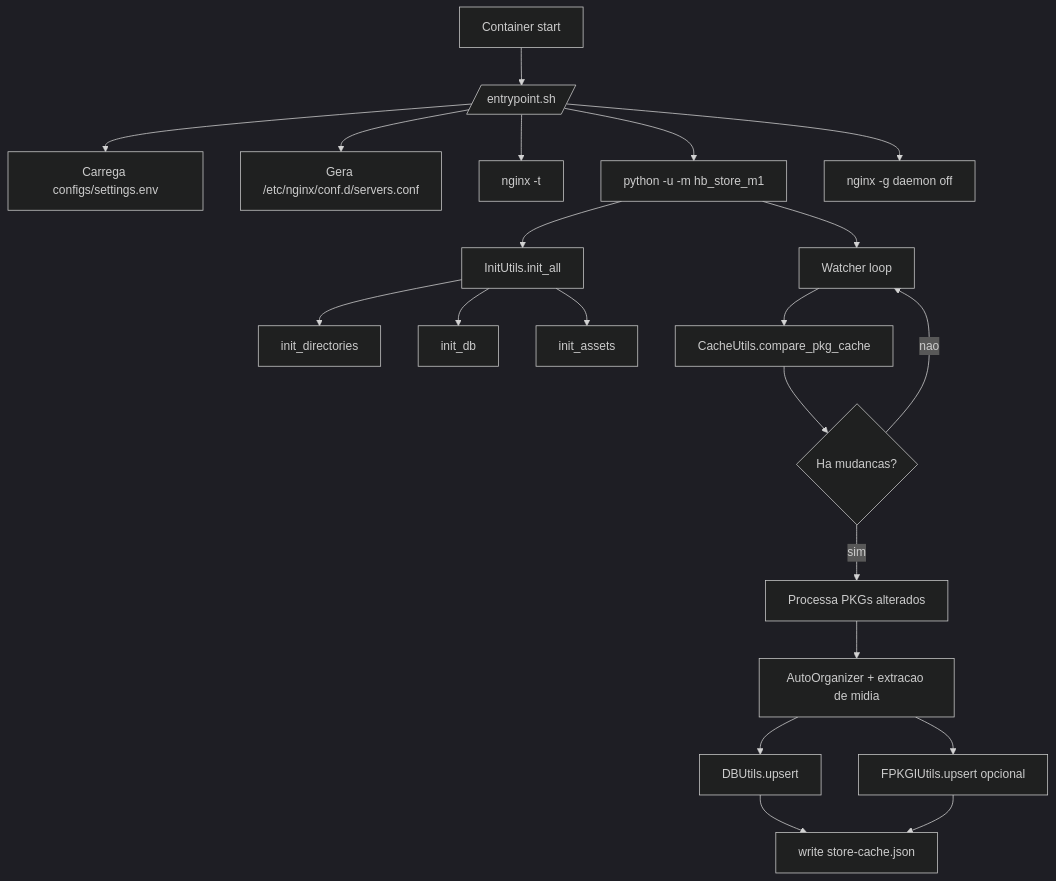
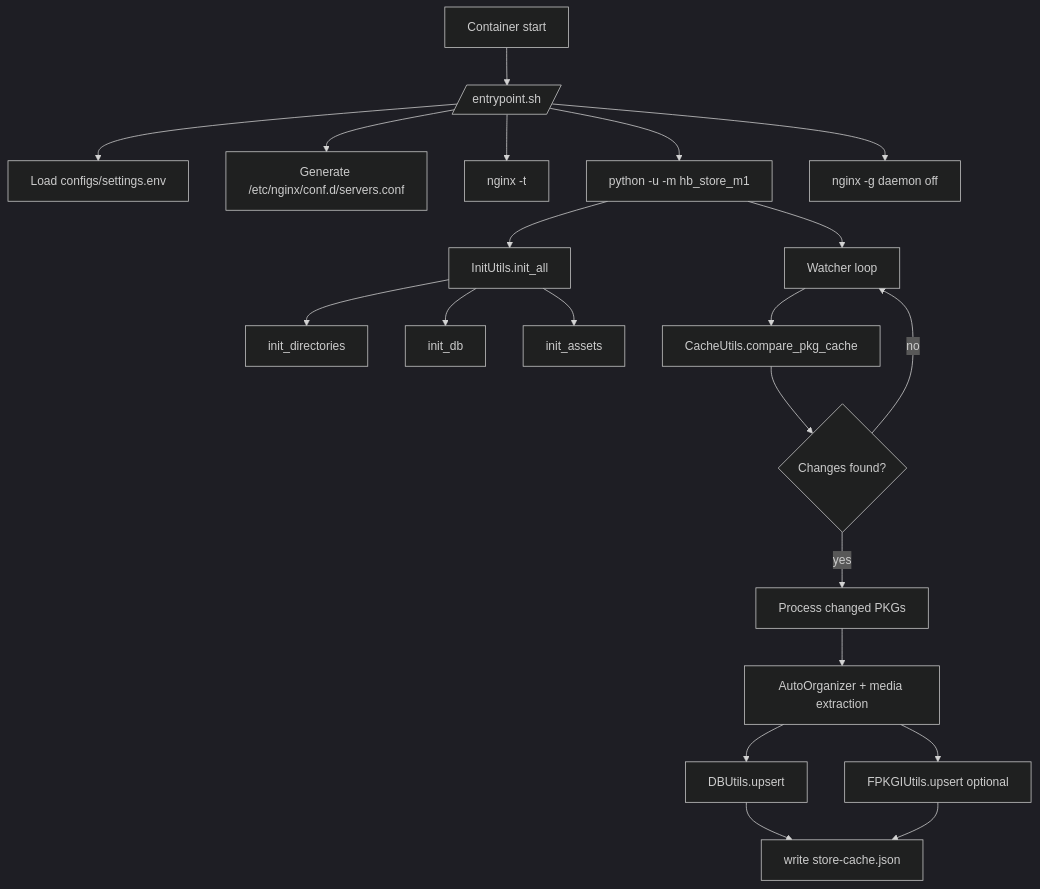
The first of 2 diagrams in README.md (fabiocdo/homebrew-cdn-m1-server), drawn with Mermaid (dark theme) before and after one commit. The commit also changed other lines of this file and 2 other files, not shown here.

````diff
--- a/README.md
+++ b/README.md
@@ -24,25 +24,25 @@
 ```mermaid
 flowchart TD
     A[Container start] --> B[/entrypoint.sh/]
-    B --> C[Carrega configs/settings.env]
-    B --> D[Gera /etc/nginx/conf.d/servers.conf]
+    B --> C[Load configs/settings.env]
+    B --> D[Generate /etc/nginx/conf.d/servers.conf]
     B --> E[nginx -t]
     B --> F[python -u -m hb_store_m1]
     B --> G[nginx -g daemon off]
 
     F --> H[InitUtils.init_all]
     H --> H1[init_directories]
     H --> H2[init_db]
     H --> H3[init_assets]
 
     F --> I[Watcher loop]
     I --> J[CacheUtils.compare_pkg_cache]
-    J --> K{Ha mudancas?}
-    K -->|nao| I
-    K -->|sim| L[Processa PKGs alterados]
-    L --> M[AutoOrganizer + extracao de midia]
+    J --> K{Changes found?}
+    K -->|no| I
+    K -->|yes| L[Process changed PKGs]
+    L --> M[AutoOrganizer + media extraction]
     M --> N[DBUtils.upsert]
-    M --> O[FPKGIUtils.upsert opcional]
+    M --> O[FPKGIUtils.upsert optional]
     N --> P[write store-cache.json]
     O --> P
 ```
````
